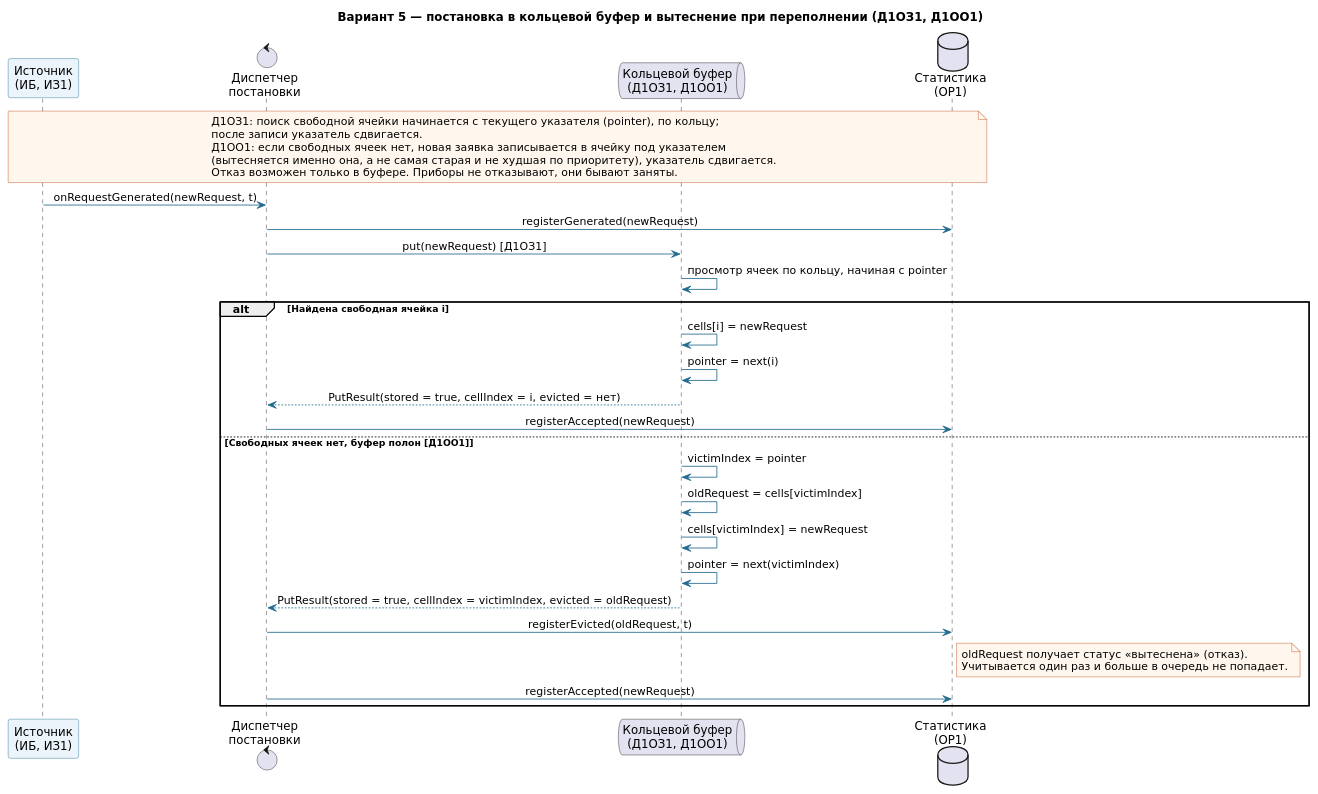
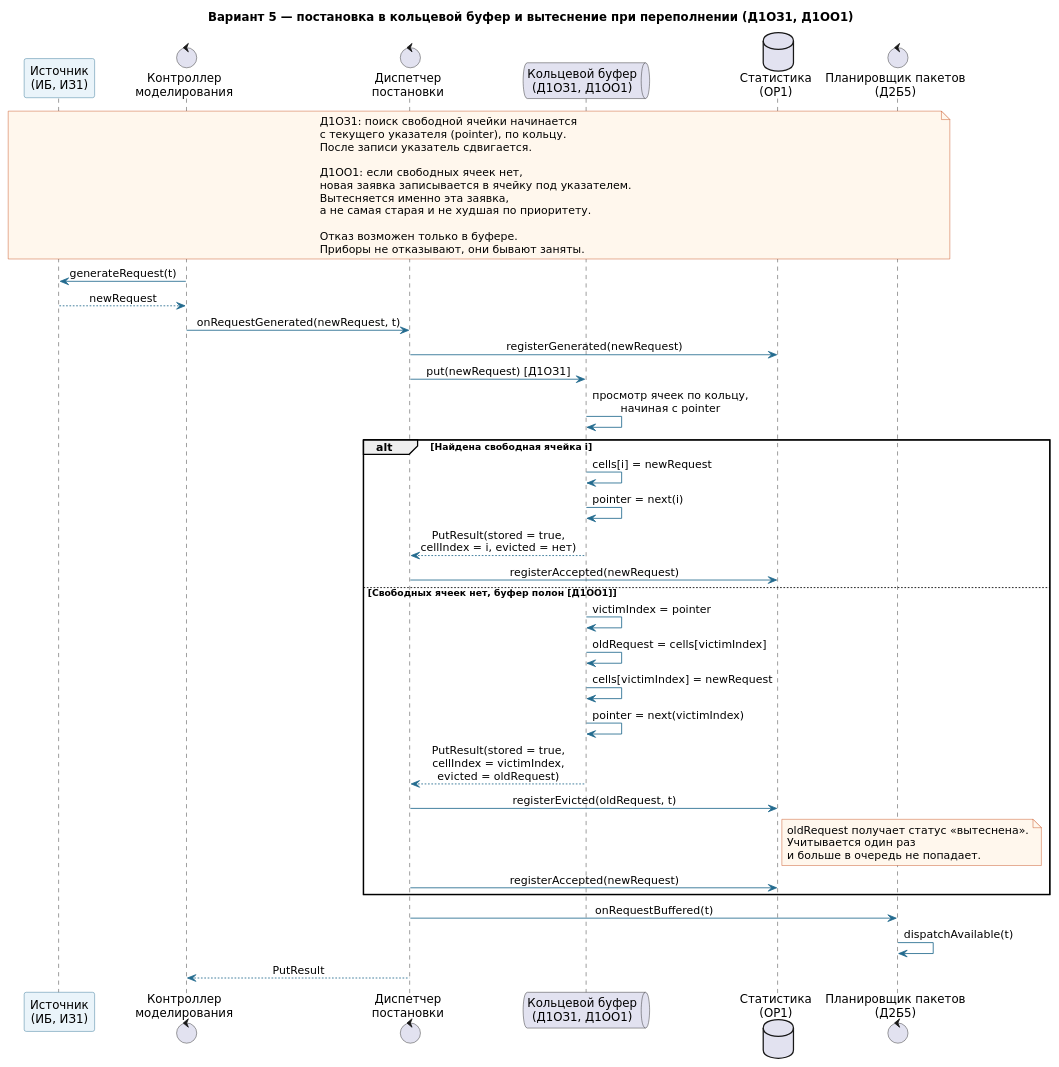
Before and after one commit to xanaoxx/smo-ocr-variant-5: the diagram in smo-ocr-variant-5/diagrams/sequence/overflow.puml, drawn with PlantUML.

```diff
--- a/smo-ocr-variant-5/diagrams/sequence/overflow.puml
+++ b/smo-ocr-variant-5/diagrams/sequence/overflow.puml
@@ -1,49 +1,74 @@
 @startuml
 skinparam backgroundColor white
 skinparam shadowing false
 skinparam defaultFontName DejaVu Sans
 skinparam sequenceMessageAlign center
 skinparam ArrowColor #236B8E
 skinparam ParticipantBorderColor #236B8E
 skinparam ParticipantBackgroundColor #EAF4FA
 skinparam NoteBackgroundColor #FFF7ED
 skinparam NoteBorderColor #C2410C
 
 title Вариант 5 — постановка в кольцевой буфер и вытеснение при переполнении (Д1ОЗ1, Д1ОО1)
 
 participant "Источник\n(ИБ, ИЗ1)" as Source
+control "Контроллер\nмоделирования" as Controller
 control "Диспетчер\nпостановки" as Placement
 queue "Кольцевой буфер\n(Д1ОЗ1, Д1ОО1)" as Buffer
 database "Статистика\n(ОР1)" as Stats
+control "Планировщик пакетов\n(Д2Б5)" as Batch
 
-note over Source, Stats
-Д1ОЗ1: поиск свободной ячейки начинается с текущего указателя (pointer), по кольцу;
-после записи указатель сдвигается.
-Д1ОО1: если свободных ячеек нет, новая заявка записывается в ячейку под указателем
-(вытесняется именно она, а не самая старая и не худшая по приоритету), указатель сдвигается.
-Отказ возможен только в буфере. Приборы не отказывают, они бывают заняты.
+note over Source, Batch
+Д1ОЗ1: поиск свободной ячейки начинается
+с текущего указателя (pointer), по кольцу.
+После записи указатель сдвигается.
+
+Д1ОО1: если свободных ячеек нет,
+новая заявка записывается в ячейку под указателем.
+Вытесняется именно эта заявка,
+а не самая старая и не худшая по приоритету.
+
+Отказ возможен только в буфере.
+Приборы не отказывают, они бывают заняты.
 end note
 
-Source -> Placement: onRequestGenerated(newRequest, t)
+Controller -> Source: generateRequest(t)
+Source --> Controller: newRequest
+
+Controller -> Placement: onRequestGenerated(newRequest, t)
 Placement -> Stats: registerGenerated(newRequest)
+
 Placement -> Buffer: put(newRequest) [Д1ОЗ1]
-Buffer -> Buffer: просмотр ячеек по кольцу, начиная с pointer
+Buffer -> Buffer: просмотр ячеек по кольцу,\nначиная с pointer
+
 alt Найдена свободная ячейка i
-  Buffer -> Buffer: cells[i] = newRequest
-  Buffer -> Buffer: pointer = next(i)
-  Buffer --> Placement: PutResult(stored = true, cellIndex = i, evicted = нет)
-  Placement -> Stats: registerAccepted(newRequest)
+    Buffer -> Buffer: cells[i] = newRequest
+    Buffer -> Buffer: pointer = next(i)
+    Buffer --> Placement: PutResult(stored = true,\ncellIndex = i, evicted = нет)
+    Placement -> Stats: registerAccepted(newRequest)
+
 else Свободных ячеек нет, буфер полон [Д1ОО1]
-Buffer -> Buffer: victimIndex = pointer
-Buffer -> Buffer: oldRequest = cells[victimIndex]
-Buffer -> Buffer: cells[victimIndex] = newRequest
-Buffer -> Buffer: pointer = next(victimIndex)
-Buffer --> Placement: PutResult(stored = true, cellIndex = victimIndex, evicted = oldRequest)
-  Placement -> Stats: registerEvicted(oldRequest, t)
-  note right of Stats
-  oldRequest получает статус «вытеснена» (отказ).
-  Учитывается один раз и больше в очередь не попадает.
-  end note
-  Placement -> Stats: registerAccepted(newRequest)
+    Buffer -> Buffer: victimIndex = pointer
+    Buffer -> Buffer: oldRequest = cells[victimIndex]
+    Buffer -> Buffer: cells[victimIndex] = newRequest
+    Buffer -> Buffer: pointer = next(victimIndex)
+
+    Buffer --> Placement: PutResult(stored = true,\ncellIndex = victimIndex,\nevicted = oldRequest)
+
+    Placement -> Stats: registerEvicted(oldRequest, t)
+
+    note right of Stats
+    oldRequest получает статус «вытеснена».
+    Учитывается один раз
+    и больше в очередь не попадает.
+    end note
+
+    Placement -> Stats: registerAccepted(newRequest)
 end
+
+Placement -> Batch: onRequestBuffered(t)
+Batch -> Batch: dispatchAvailable(t)
+
+Placement --> Controller: PutResult
+
 @enduml
```
